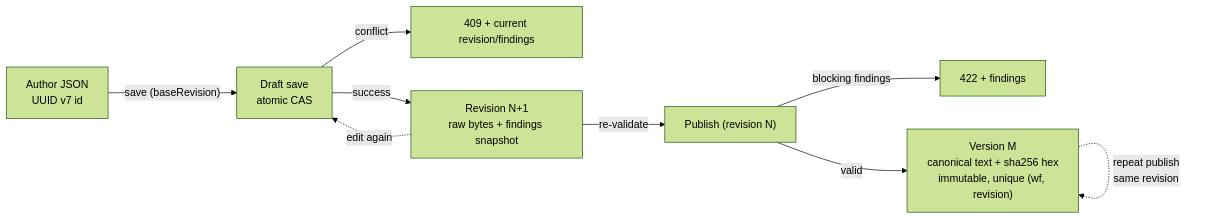
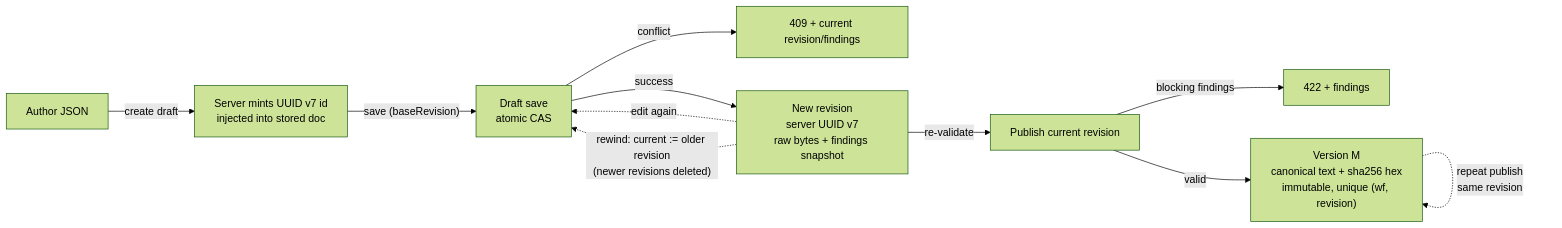
The diagram in docs/decisions/epic-01/e1-s3-draft-publication-lifecycle.md (RostrumAI/rostrum), drawn with Mermaid (forest theme) before and after one commit. The commit also changed other lines of this file and 1 other file, not shown here.

````diff
--- a/docs/decisions/epic-01/e1-s3-draft-publication-lifecycle.md
+++ b/docs/decisions/epic-01/e1-s3-draft-publication-lifecycle.md
@@ -17,11 +21,13 @@
 ```mermaid
 flowchart LR
-    A["Author JSON<br/>UUID v7 id"] -->|"save (baseRevision)"| S["Draft save<br/>atomic CAS"]
+    A["Author JSON"] -->|"create draft"| C["Server mints UUID v7 id<br/>injected into stored doc"]
+    C -->|"save (baseRevision)"| S["Draft save<br/>atomic CAS"]
     S -->|"conflict"| E409["409 + current revision/findings"]
-    S -->|"success"| R["Revision N+1<br/>raw bytes + findings snapshot"]
-    R -->|"re-validate"| P["Publish (revision N)"]
+    S -->|"success"| R["New revision<br/>server UUID v7<br/>raw bytes + findings snapshot"]
+    R -->|"re-validate"| P["Publish current revision"]
     P -->|"blocking findings"| E422["422 + findings"]
     P -->|"valid"| V["Version M<br/>canonical text + sha256 hex<br/>immutable, unique (wf, revision)"]
     R -.->|"edit again"| S
+    R -.->|"rewind: current := older revision<br/>(newer revisions deleted)"| S
     V -.->|"repeat publish<br/>same revision"| V
 ```
````
